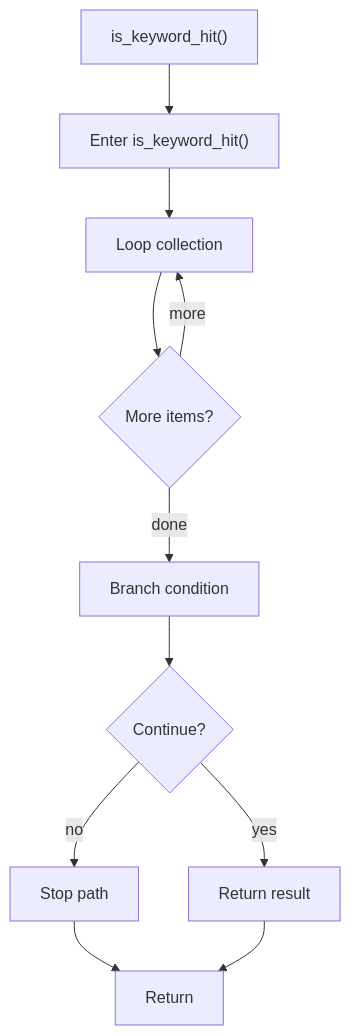
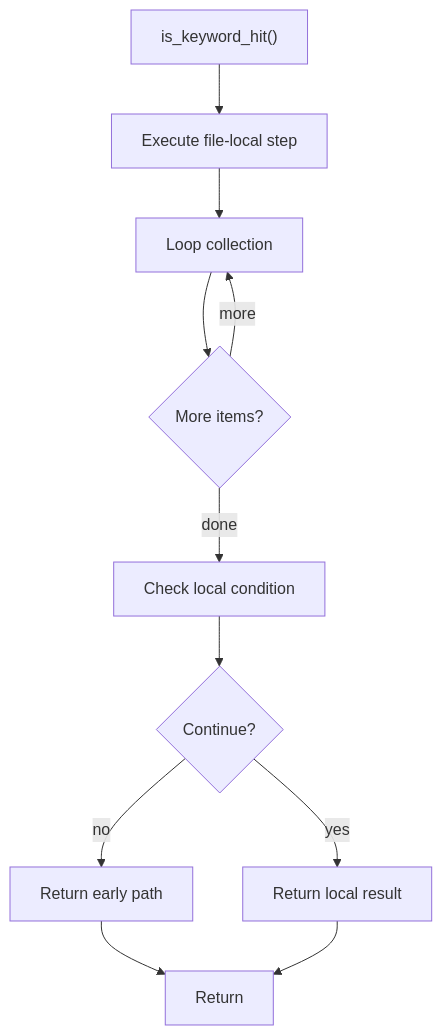
Before and after one commit to JohnAndrewBalbarosa/NeoTerritory: the diagram in docs/Codebase/Microservice/Modules/Source/Analysis/Lexical/StructuralHooks/Flow/functions/is_keyword_hit.cpp.md, drawn with Mermaid. The commit also changed other lines of this file and 915 other files, not shown here.

````diff
--- a/docs/Codebase/Microservice/Modules/Source/Analysis/Lexical/StructuralHooks/Flow/functions/is_keyword_hit.cpp.md
+++ b/docs/Codebase/Microservice/Modules/Source/Analysis/Lexical/StructuralHooks/Flow/functions/is_keyword_hit.cpp.md
@@ -18,22 +18,22 @@
 ```mermaid
 flowchart TD
     Start["is_keyword_hit()"]
-    N0["Enter is_keyword_hit()"]
+    N0["Execute file-local step"]
     N1["Loop collection"]
     L1{"More items?"}
-    N2["Branch condition"]
+    N2["Check local condition"]
     D2{"Continue?"}
-    R2["Stop path"]
-    N3["Return result"]
+    R2["Return early path"]
+    N3["Return local result"]
     End["Return"]
     Start --> N0
     N0 --> N1
     N1 --> L1
     L1 -->|more| N1
     L1 -->|done| N2
     N2 --> D2
     D2 -->|yes| N3
     D2 -->|no| R2
     R2 --> End
     N3 --> End
 ```
````
